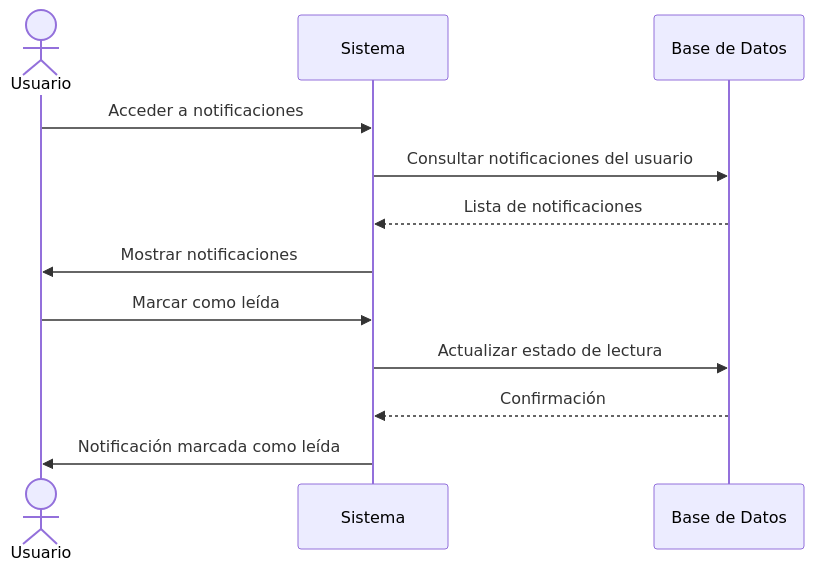
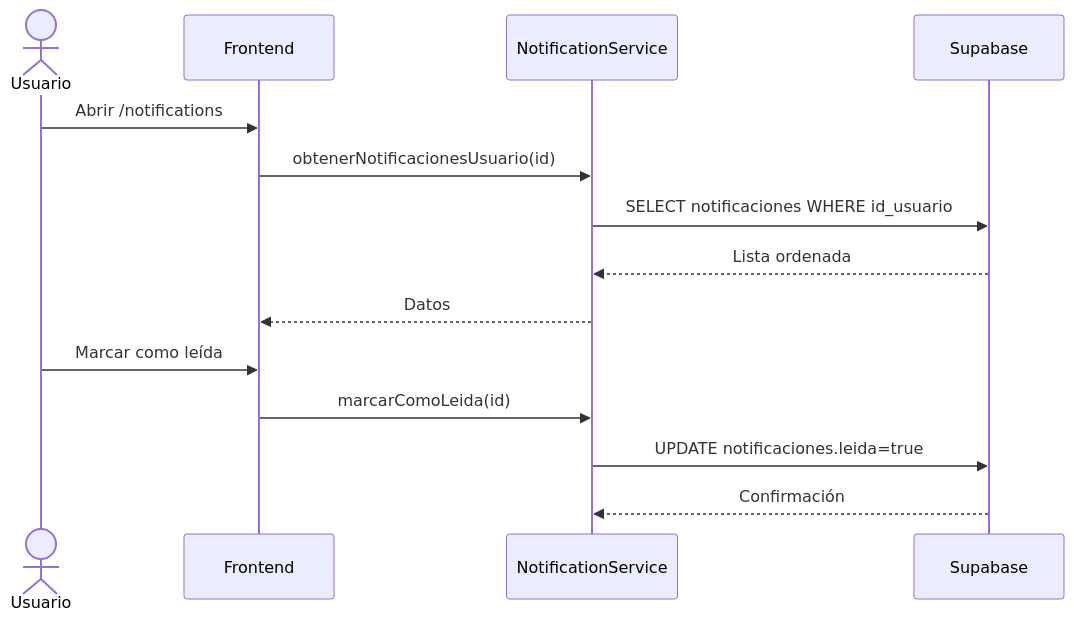
Diagram 17 of 33 in Documentacion/Diagramas/Diagrama_Secuencias.md (Deibyd07/Gestion-de-Eventos), drawn with Mermaid before and after one commit. The commit also changed other lines of this file, not shown here.

Commit message:
Update sequence diagrams to reflect actual implementation

````diff
--- a/Documentacion/Diagramas/Diagrama_Secuencias.md
+++ b/Documentacion/Diagramas/Diagrama_Secuencias.md
@@ -383,15 +328,17 @@
 ```mermaid
 sequenceDiagram
     actor Usuario
-    participant Sistema
-    participant BD as Base de Datos
-    
-    Usuario->>Sistema: Acceder a notificaciones
-    Sistema->>BD: Consultar notificaciones del usuario
-    BD-->>Sistema: Lista de notificaciones
-    Sistema->>Usuario: Mostrar notificaciones
-    Usuario->>Sistema: Marcar como leída
-    Sistema->>BD: Actualizar estado de lectura
-    BD-->>Sistema: Confirmación
-    Sistema->>Usuario: Notificación marcada como leída
+    participant App as Frontend
+    participant Notif as NotificationService
+    participant BD as Supabase
+
+    Usuario->>App: Abrir /notifications
+    App->>Notif: obtenerNotificacionesUsuario(id)
+    Notif->>BD: SELECT notificaciones WHERE id_usuario
+    BD-->>Notif: Lista ordenada
+    Notif-->>App: Datos
+    Usuario->>App: Marcar como leída
+    App->>Notif: marcarComoLeida(id)
+    Notif->>BD: UPDATE notificaciones.leida=true
+    BD-->>Notif: Confirmación
 ```
````
